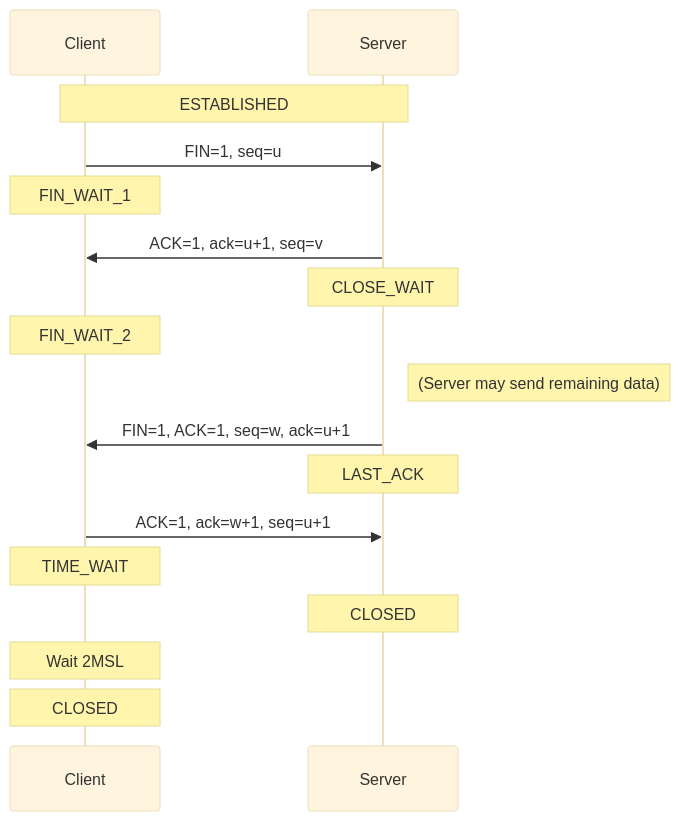
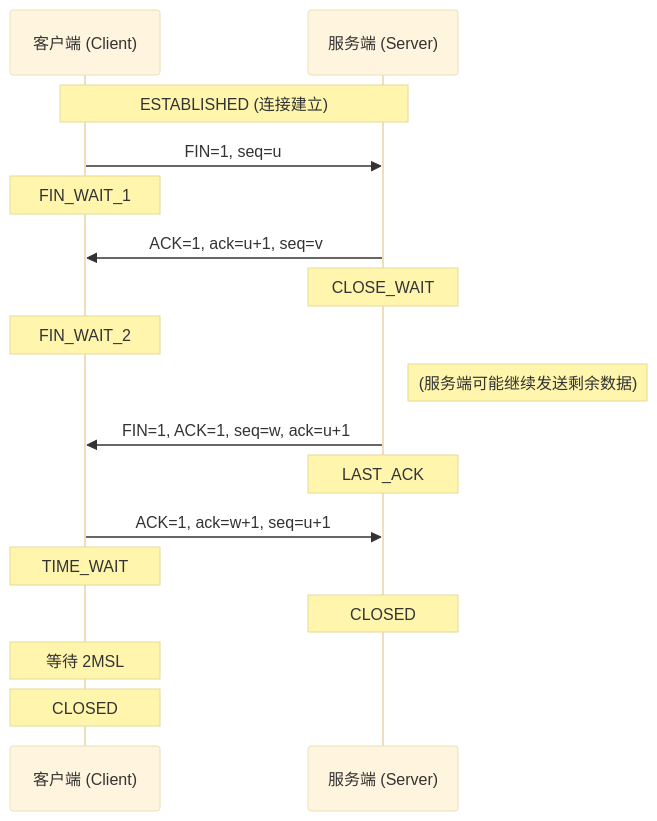
The second of 3 diagrams in docs/computer-networking/ch03-transport-layer.md (elecmonkey/elecmonkey-notebook), drawn with Mermaid (base theme) before and after one commit. The commit also changed other lines of this file and 4 other files, not shown here.

````diff
--- a/docs/computer-networking/ch03-transport-layer.md
+++ b/docs/computer-networking/ch03-transport-layer.md
@@ -197,26 +418,26 @@
 ```mermaid
 sequenceDiagram
-    participant C as Client
-    participant S as Server
+    participant C as 客户端 (Client)
+    participant S as 服务端 (Server)
 
-    Note over C,S: ESTABLISHED
+    Note over C,S: ESTABLISHED (连接建立)
 
     C->>S: FIN=1, seq=u
     Note over C: FIN_WAIT_1
     
     S->>C: ACK=1, ack=u+1, seq=v
     Note over S: CLOSE_WAIT
     Note over C: FIN_WAIT_2
 
-    Note right of S: (Server may send remaining data)
+    Note right of S: (服务端可能继续发送剩余数据)
 
     S->>C: FIN=1, ACK=1, seq=w, ack=u+1
     Note over S: LAST_ACK
 
     C->>S: ACK=1, ack=w+1, seq=u+1
     Note over C: TIME_WAIT
     Note over S: CLOSED
 
-    Note over C: Wait 2MSL
+    Note over C: 等待 2MSL
     Note over C: CLOSED
 ```
````
